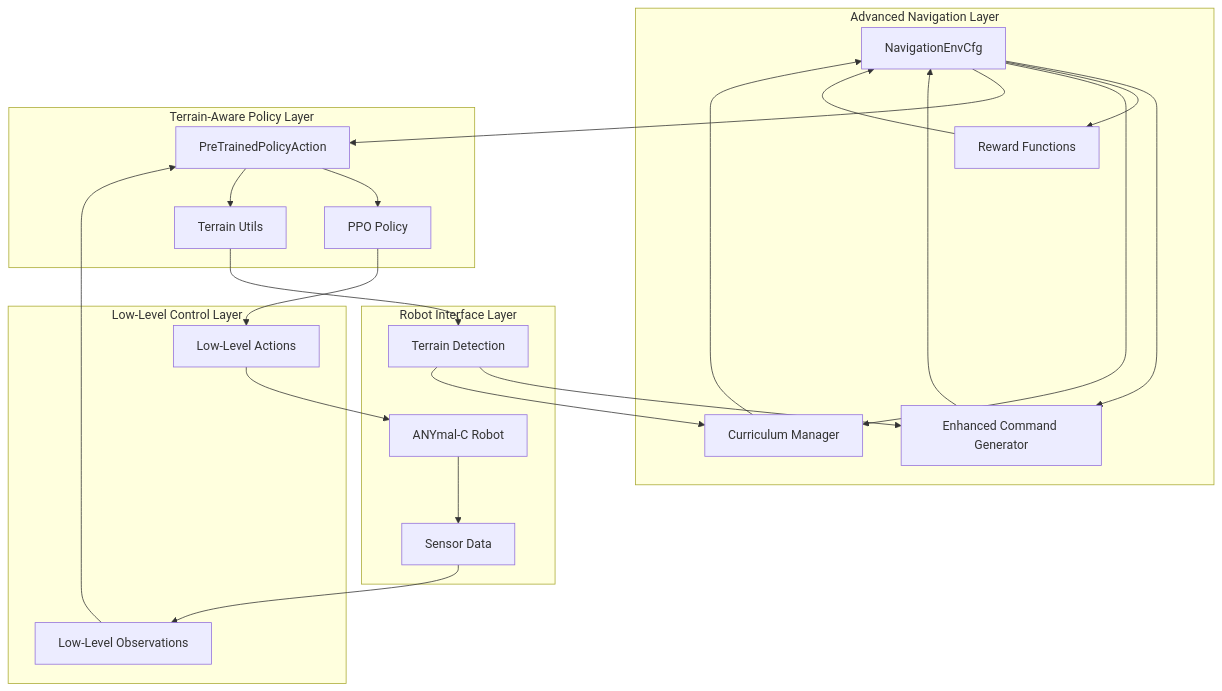
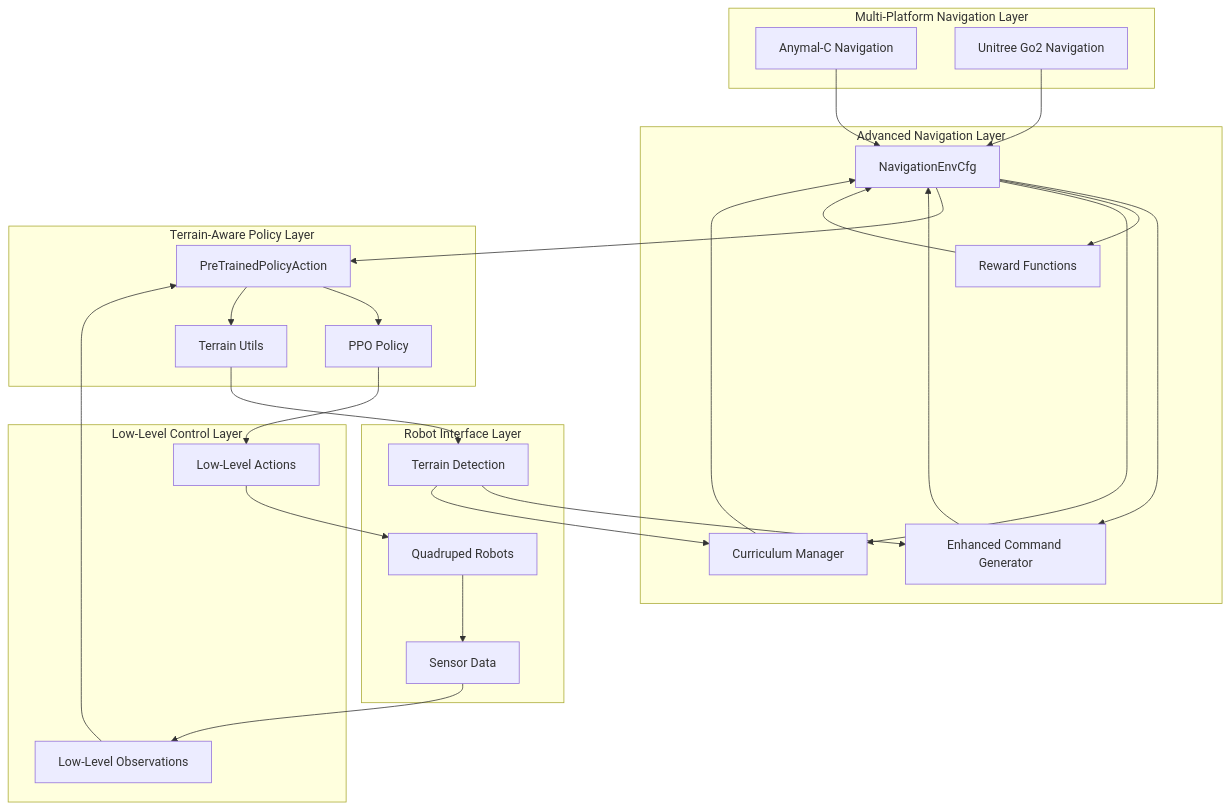
The first of 10 diagrams in .qoder/repowiki/en/content/Task Configuration Framework/Navigation System Overview.md (jayjayhust/robot_lab), drawn with Mermaid before and after one commit. The commit also changed other lines of this file and 38 other files, not shown here.

````diff
--- a/.qoder/repowiki/en/content/Task Configuration Framework/Navigation System Overview.md
+++ b/.qoder/repowiki/en/content/Task Configuration Framework/Navigation System Overview.md
@@ -50,40 +57,46 @@
 ```mermaid
 graph TB
+subgraph "Multi-Platform Navigation Layer"
+ANYPATH[Anymal-C Navigation]
+GOPATH[Unitree Go2 Navigation]
+end
 subgraph "Advanced Navigation Layer"
 NAVCFG[NavigationEnvCfg]
 CMD[Enhanced Command Generator]
 RW[Reward Functions]
 CUR[Curriculum Manager]
 end
 subgraph "Terrain-Aware Policy Layer"
 PTAP[PreTrainedPolicyAction]
 POL[PPO Policy]
 UTIL[Terrain Utils]
 end
 subgraph "Low-Level Control Layer"
 LLACT[Low-Level Actions]
 OBS[Low-Level Observations]
 end
 subgraph "Robot Interface Layer"
-ROBOT[ANYmal-C Robot]
+ROBOT[Quadruped Robots]
 SENS[Sensor Data]
 TERRAIN[Terrain Detection]
 end
+ANYPATH --> NAVCFG
+GOPATH --> NAVCFG
 NAVCFG --> CMD
 NAVCFG --> RW
 NAVCFG --> CUR
 NAVCFG --> PTAP
 PTAP --> POL
 PTAP --> UTIL
 UTIL --> TERRAIN
 POL --> LLACT
 LLACT --> ROBOT
 CMD --> NAVCFG
 RW --> NAVCFG
 CUR --> NAVCFG
 OBS --> PTAP
 SENS --> OBS
 TERRAIN --> CMD
 TERRAIN --> CUR
 ROBOT --> SENS
 ```
````
